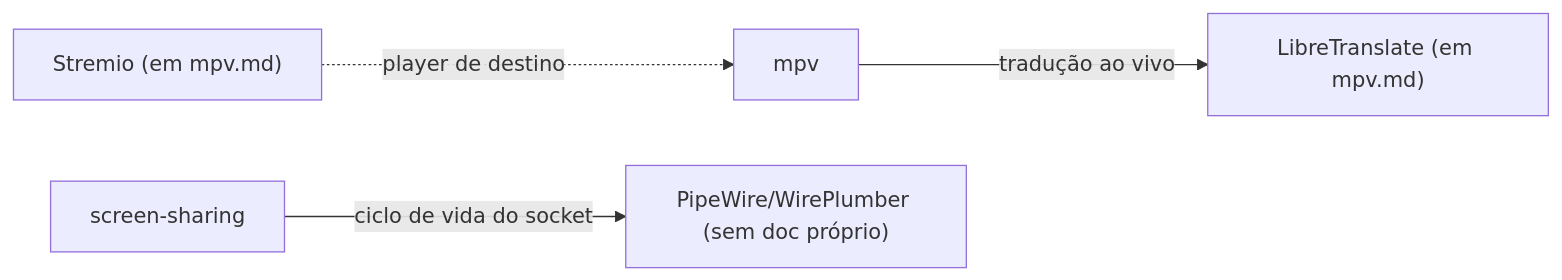
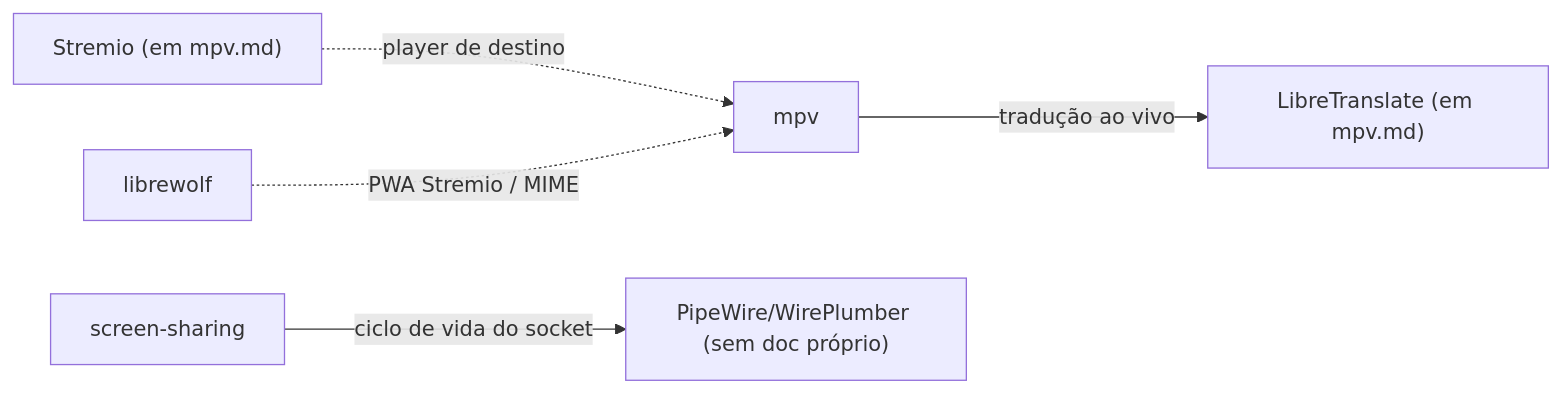
One commit to aliceComH/nixos changed the diagram in .agents/knowledge/_index.md. Above: the diagram before and after it, drawn with Mermaid. The commit also changed other lines of this file and 18 other files, not shown here.

````diff
--- a/.agents/knowledge/_index.md
+++ b/.agents/knowledge/_index.md
@@ -23,12 +24,14 @@
 ```mermaid
 graph LR
     mpv["mpv"]
     libretranslate["LibreTranslate (em mpv.md)"]
     stremio["Stremio (em mpv.md)"]
     screenSharing["screen-sharing"]
     pipewire["PipeWire/WirePlumber (sem doc próprio)"]
+    librewolf["librewolf"]
 
     mpv -->|"tradução ao vivo"| libretranslate
     stremio -.->|"player de destino"| mpv
     screenSharing -->|"ciclo de vida do socket"| pipewire
+    librewolf -.->|"PWA Stremio / MIME"| mpv
 ```
````
